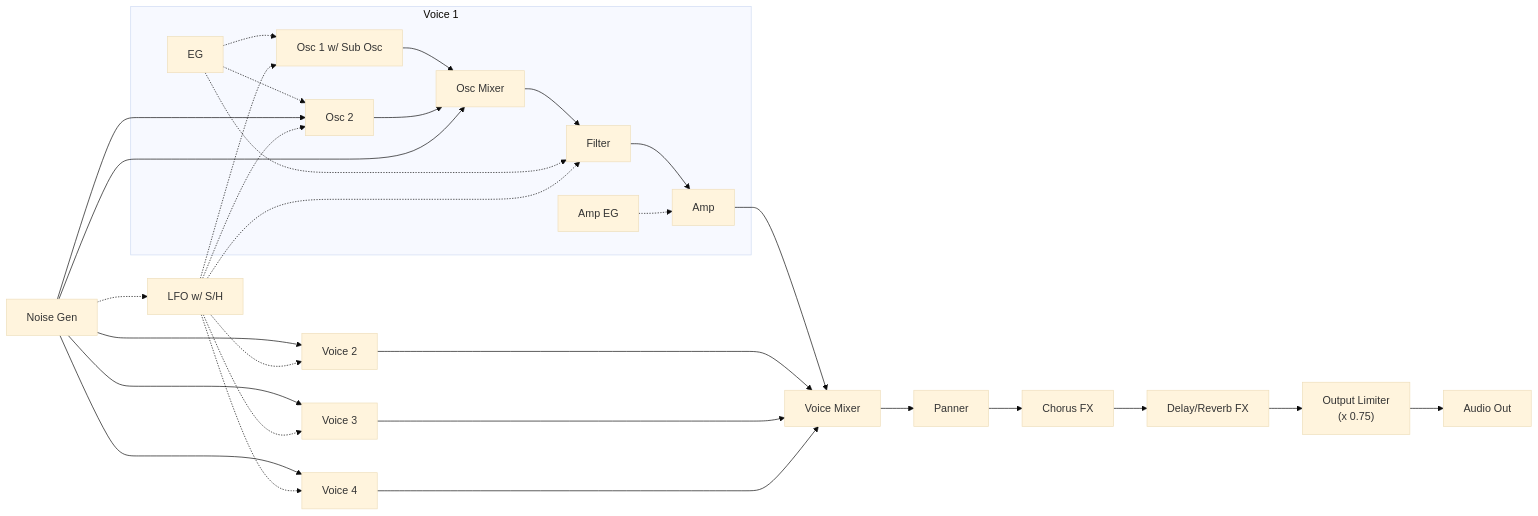
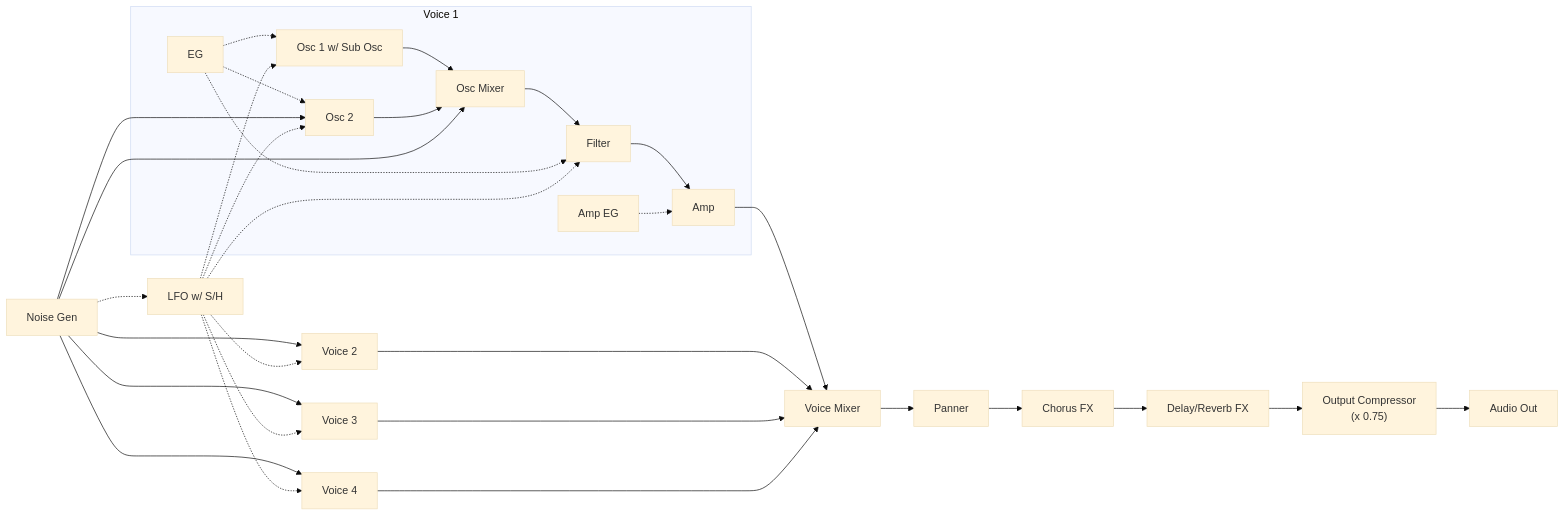
One commit to risgk/digital-synth-pra32-u2 changed the first of 3 diagrams in README.md. Above: the diagram before and after it, drawn with Mermaid (base theme). The commit also changed other lines of this file and 14 other files, not shown here.

First line of the commit message:
Replace the Output Limiter with the Output Compressor

````diff
--- a/README.md
+++ b/README.md
@@ -44,17 +44,17 @@
 ```mermaid
 graph LR
     subgraph V1[Voice 1]
         V1O1[Osc 1 w/ Sub Osc] --> V1OM[Osc Mixer]
         V1O2[Osc 2] --> V1OM
         V1OM --> V1F[Filter]
         V1F --> V1A[Amp]
         E[EG] -.-> V1O1 & V1O2 & V1F
         V1AE[Amp EG] -.-> V1A
     end
     V1A --> VM[Voice Mixer]
     V2[Voice 2] & V3[Voice 3] & V4[Voice 4] --> VM
-    VM --> P[Panner] --> C[Chorus FX] --> D[Delay/Reverb FX] --> OL["Output Limiter<br/>(x 0.75)"] --> AO[Audio Out]
+    VM --> P[Panner] --> C[Chorus FX] --> D[Delay/Reverb FX] --> OC["Output Compressor<br/>(x 0.75)"] --> AO[Audio Out]
     N[Noise Gen]  --> V1O2 & V1OM & V2 & V3 & V4
     N -.-> L[LFO w/ S/H]
     L -.-> V1O1 & V1O2 & V1F & V2 & V3 & V4
 ```
````
